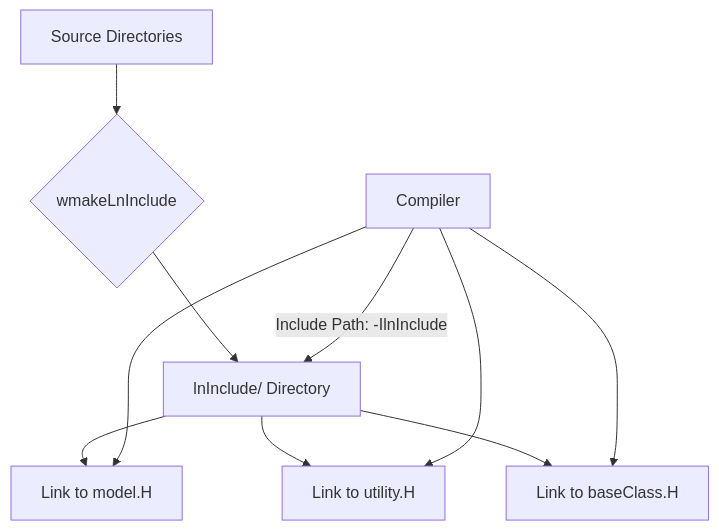
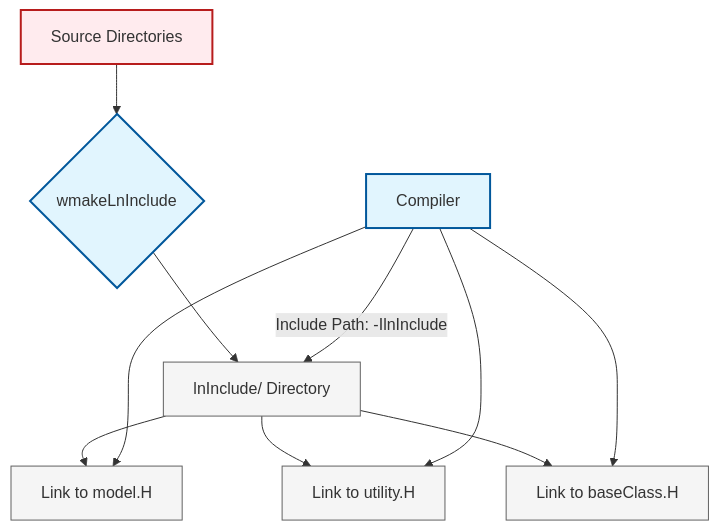
Before and after one commit to wramet/build-my-cfd: the diagram in MODULE_09_ADVANCED_TOPICS/CONTENT/07_PRACTICAL_PROJECT/04_Compilation_process.md, drawn with Mermaid. The commit also changed 313 other files, not shown here.

Commit message:
Revise all diagram

````diff
--- a/MODULE_09_ADVANCED_TOPICS/CONTENT/07_PRACTICAL_PROJECT/04_Compilation_process.md
+++ b/MODULE_09_ADVANCED_TOPICS/CONTENT/07_PRACTICAL_PROJECT/04_Compilation_process.md
@@ -144,14 +144,24 @@
 ```mermaid
 graph TD
-    A[Source Directories] --> B{wmakeLnInclude}
-    B --> C[lnInclude/ Directory]
-
-    C --> D[Link to model.H]
-    C --> E[Link to utility.H]
-    C --> F[Link to baseClass.H]
-
-    G[Compiler] -->|Include Path: -IlnInclude| C
+    classDef implicit fill:#e1f5fe,stroke:#01579b,stroke-width:2px
+    classDef explicit fill:#ffebee,stroke:#b71c1c,stroke-width:2px
+    classDef context fill:#f5f5f5,stroke:#616161,stroke-width:1px
+    
+    A[Source Directories]:::explicit
+    B{wmakeLnInclude}:::implicit
+    C[lnInclude/ Directory]:::context
+    D[Link to model.H]:::context
+    E[Link to utility.H]:::context
+    F[Link to baseClass.H]:::context
+    G[Compiler]:::implicit
+    
+    A --> B
+    B --> C
+    C --> D
+    C --> E
+    C --> F
+    G -->|Include Path: -IlnInclude| C
     G --> D
     G --> E
     G --> F
 ```
````
